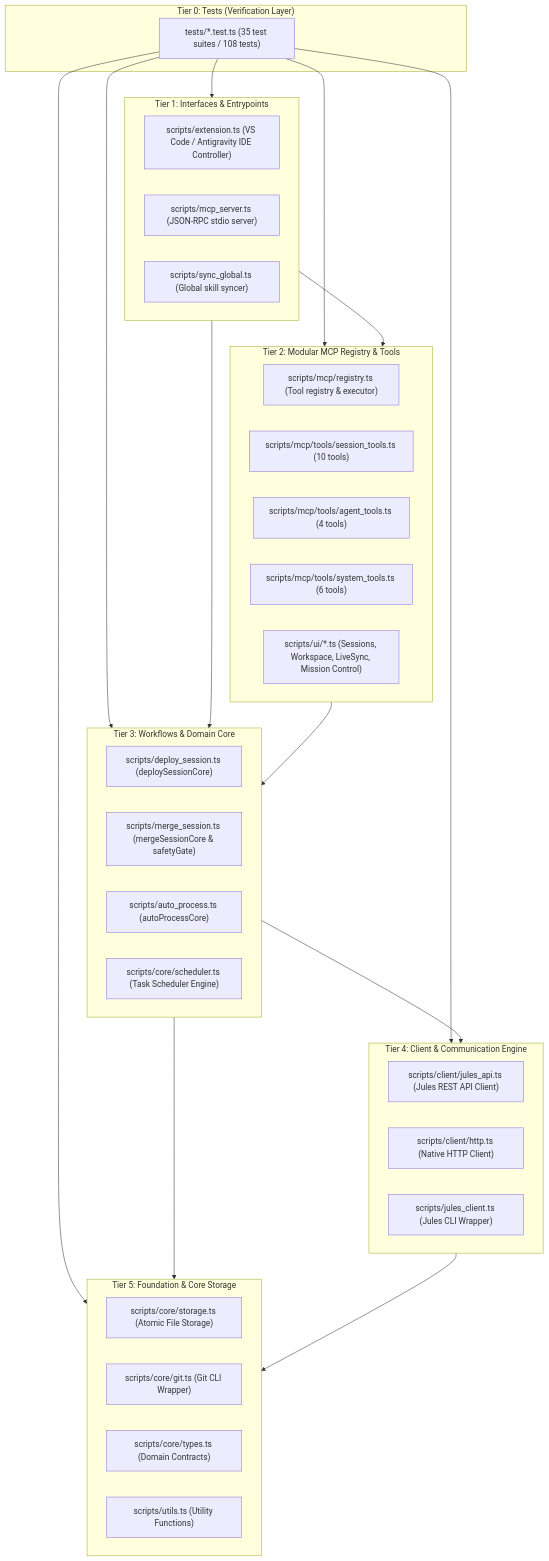
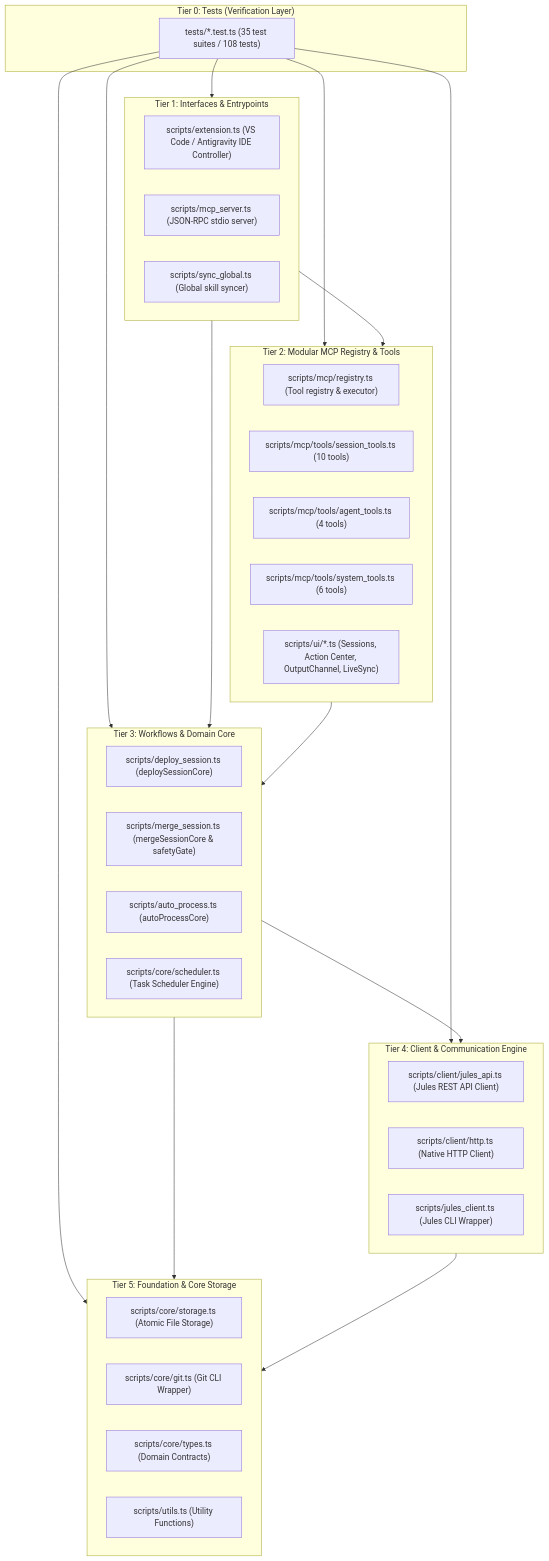
Before and after one commit to rivadmorin/Jules-Companion: the diagram in docs/codebase-architecture-map.md, drawn with Mermaid. The commit also changed other lines of this file and 18 other files, not shown here.

Commit message:
docs: align architecture guides, CI templates, and references to pure native UI

````diff
--- a/docs/codebase-architecture-map.md
+++ b/docs/codebase-architecture-map.md
@@ -32,53 +32,53 @@
 ```mermaid
 graph TD
     subgraph Tier_0 ["Tier 0: Tests (Verification Layer)"]
         T["tests/*.test.ts (35 test suites / 108 tests)"]
     end
 
     subgraph Tier_1 ["Tier 1: Interfaces & Entrypoints"]
         EXT["scripts/extension.ts (VS Code / Antigravity IDE Controller)"]
         MCP["scripts/mcp_server.ts (JSON-RPC stdio server)"]
         SYNC["scripts/sync_global.ts (Global skill syncer)"]
     end
 
     subgraph Tier_2 ["Tier 2: Modular MCP Registry & Tools"]
         REG["scripts/mcp/registry.ts (Tool registry & executor)"]
         SESS_TOOLS["scripts/mcp/tools/session_tools.ts (10 tools)"]
         AGENT_TOOLS["scripts/mcp/tools/agent_tools.ts (4 tools)"]
         SYS_TOOLS["scripts/mcp/tools/system_tools.ts (6 tools)"]
-        UI_PROV["scripts/ui/*.ts (Sessions, Workspace, LiveSync, Mission Control)"]
+        UI_PROV["scripts/ui/*.ts (Sessions, Action Center, OutputChannel, LiveSync)"]
     end
 
     subgraph Tier_3 ["Tier 3: Workflows & Domain Core"]
         DEPLOY["scripts/deploy_session.ts (deploySessionCore)"]
         MERGE["scripts/merge_session.ts (mergeSessionCore & safetyGate)"]
         AUTO["scripts/auto_process.ts (autoProcessCore)"]
         SCHED["scripts/core/scheduler.ts (Task Scheduler Engine)"]
     end
 
     subgraph Tier_4 ["Tier 4: Client & Communication Engine"]
         API["scripts/client/jules_api.ts (Jules REST API Client)"]
         HTTP["scripts/client/http.ts (Native HTTP Client)"]
         CLI["scripts/jules_client.ts (Jules CLI Wrapper)"]
     end
 
     subgraph Tier_5 ["Tier 5: Foundation & Core Storage"]
         STORAGE["scripts/core/storage.ts (Atomic File Storage)"]
         GIT["scripts/core/git.ts (Git CLI Wrapper)"]
         TYPES["scripts/core/types.ts (Domain Contracts)"]
         UTILS["scripts/utils.ts (Utility Functions)"]
     end
 
     T --> Tier_1
     T --> Tier_2
     T --> Tier_3
     T --> Tier_4
     T --> Tier_5
 
     Tier_1 --> Tier_2
     Tier_1 --> Tier_3
     Tier_2 --> Tier_3
     Tier_3 --> Tier_4
     Tier_3 --> Tier_5
     Tier_4 --> Tier_5
 ```
````
